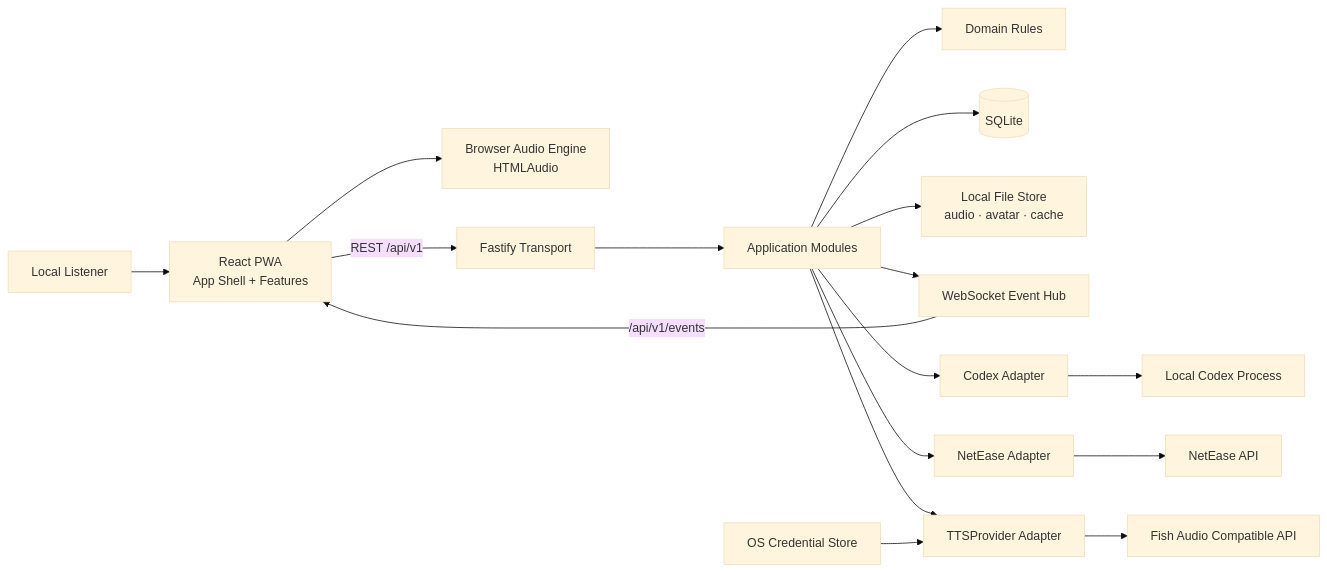
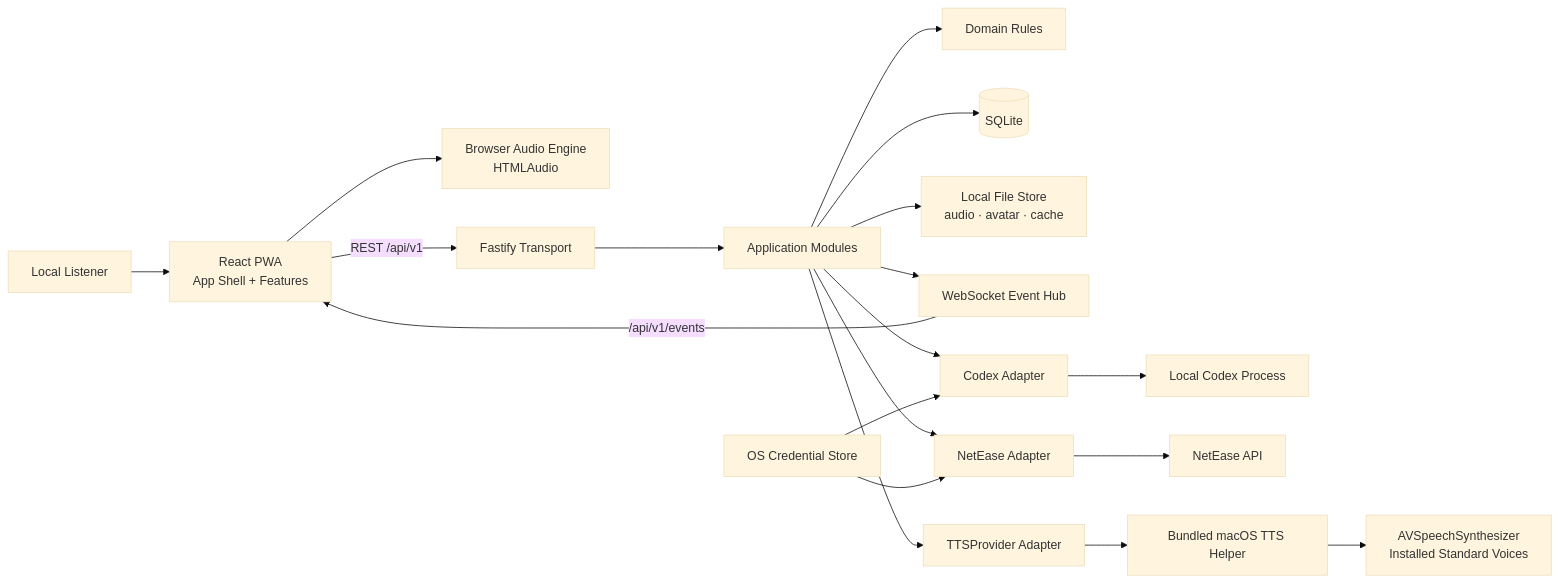
Before and after one commit to komochi007/koradio: the first of 8 diagrams in architecture.md, drawn with Mermaid (base theme). The commit also changed other lines of this file and 8 other files, not shown here.

First line of the commit message:
docs(provider): [S0-06] 保留 Apple 系统 TTS 决策

````diff
--- a/architecture.md
+++ b/architecture.md
@@ -33,19 +34,21 @@
 ```mermaid
 flowchart LR
     User["Local Listener"] --> Web["React PWA<br/>App Shell + Features"]
     Web --> Audio["Browser Audio Engine<br/>HTMLAudio"]
     Web -->|"REST /api/v1"| API["Fastify Transport"]
     API --> Modules["Application Modules"]
     Modules --> Domain["Domain Rules"]
     Modules --> DB[("SQLite")]
     Modules --> Files["Local File Store<br/>audio · avatar · cache"]
     Modules --> Events["WebSocket Event Hub"]
     Events -->|"/api/v1/events"| Web
     Modules --> Codex["Codex Adapter"]
     Modules --> Music["NetEase Adapter"]
     Modules --> TTS["TTSProvider Adapter"]
     Codex --> CodexExt["Local Codex Process"]
     Music --> MusicExt["NetEase API"]
-    TTS --> TTSExt["Fish Audio Compatible API"]
-    Secrets["OS Credential Store"] --> TTS
+    TTS --> TTSHelper["Bundled macOS TTS Helper"]
+    TTSHelper --> AppleTTS["AVSpeechSynthesizer<br/>Installed Standard Voices"]
+    Secrets["OS Credential Store"] --> Codex
+    Secrets --> Music
 ```
````
